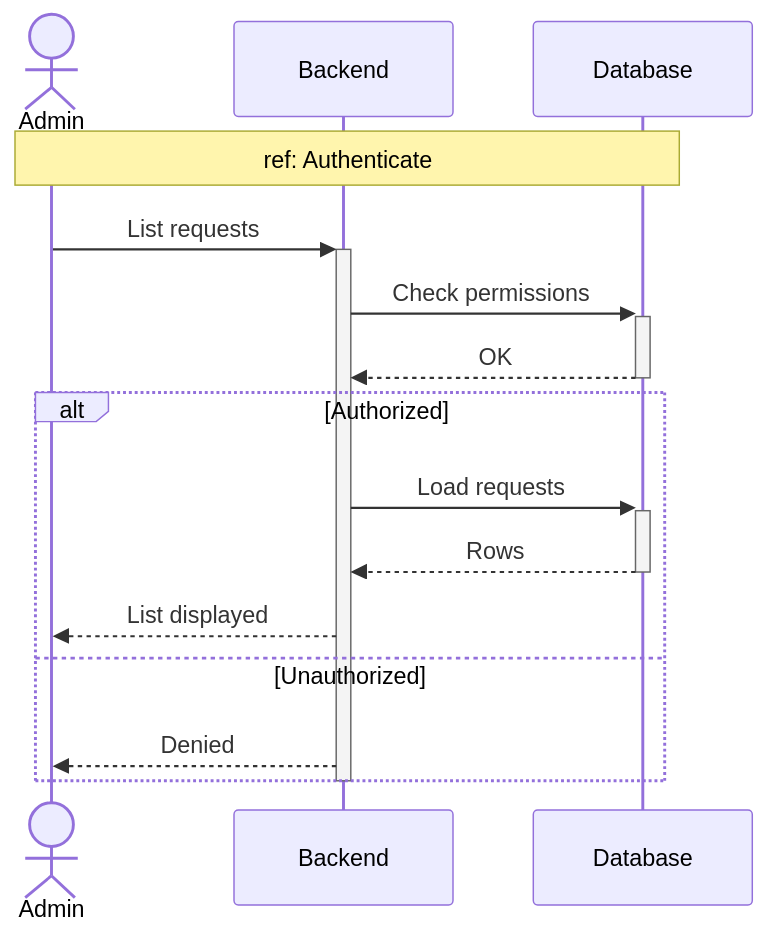
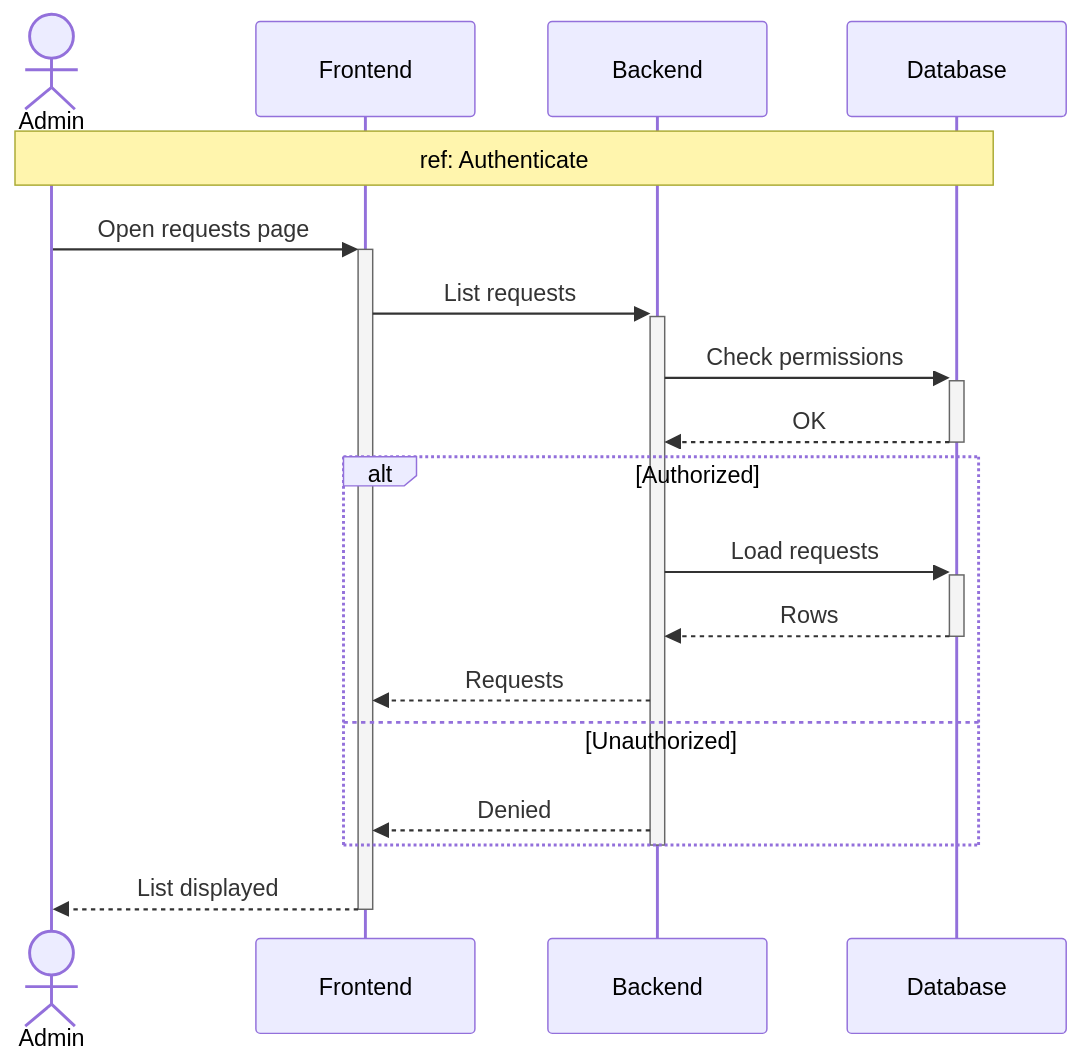
One commit to MohamedChebbi123/teamnest changed the sixth of 16 diagrams in docs/SEQUENCE_DIAGRAMS.md. Above: the diagram before and after it, drawn with Mermaid. The commit also changed other lines of this file, not shown here.

````diff
--- a/docs/SEQUENCE_DIAGRAMS.md
+++ b/docs/SEQUENCE_DIAGRAMS.md
@@ -225,20 +245,23 @@
 ```mermaid
 sequenceDiagram
     actor Admin
+    participant FE as Frontend
     participant API as Backend
     participant DB as Database
 
     Note over Admin,DB: ref: Authenticate
 
-    Admin->>+API: List requests
+    Admin->>+FE: Open requests page
+    FE->>+API: List requests
     API->>+DB: Check permissions
     DB-->>-API: OK
     alt Authorized
         API->>+DB: Load requests
         DB-->>-API: Rows
-        API-->>Admin: List displayed
+        API-->>FE: Requests
     else Unauthorized
-        API-->>Admin: Denied
+        API-->>FE: Denied
     end
     deactivate API
+    FE-->>-Admin: List displayed
 ```
````
